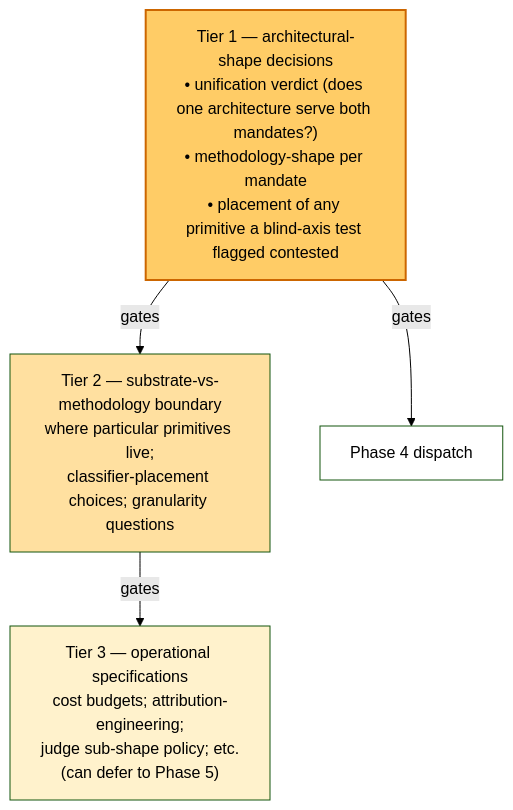
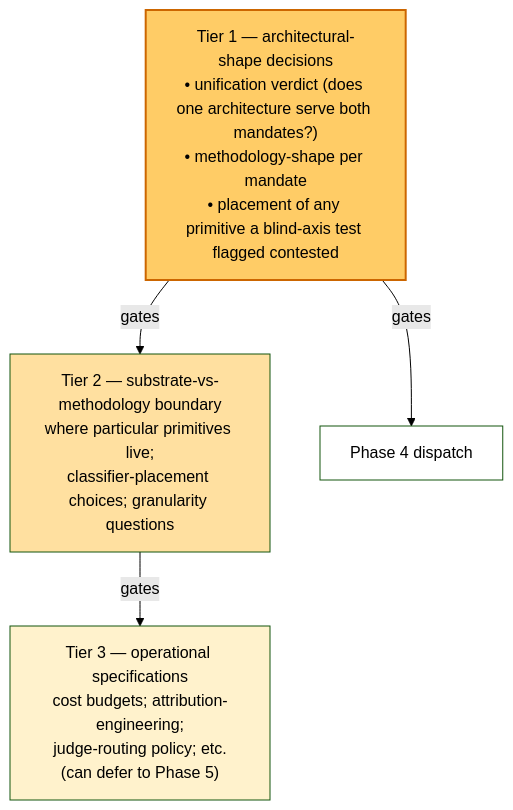
Before and after one commit to lago-morph/software-factory: the ninth of 11 diagrams in research-plan-v3-primer.md, drawn with Mermaid (forest theme). The commit also changed other lines of this file, not shown here.

````diff
--- a/research-plan-v3-primer.md
+++ b/research-plan-v3-primer.md
@@ -204,15 +204,15 @@
 ```mermaid
 flowchart TB
     T1["Tier 1 — architectural-shape decisions<br/>• unification verdict (does one architecture serve both mandates?)<br/>• methodology-shape per mandate<br/>• placement of any primitive a blind-axis test flagged contested"]
     T2["Tier 2 — substrate-vs-methodology boundary<br/>where particular primitives live;<br/>classifier-placement choices; granularity questions"]
-    T3["Tier 3 — operational specifications<br/>cost budgets; attribution-engineering;<br/>judge sub-shape policy; etc.<br/>(can defer to Phase 5)"]
+    T3["Tier 3 — operational specifications<br/>cost budgets; attribution-engineering;<br/>judge-routing policy; etc.<br/>(can defer to Phase 5)"]
 
     T1 -->|gates| T2
     T2 -->|gates| T3
     T1 -->|gates| P4["Phase 4 dispatch"]
 
     style T1 fill:#ffcc66,color:#000,stroke:#cc6600,stroke-width:2px
     style T2 fill:#ffe0a0,color:#000
     style T3 fill:#fff2cc,color:#000
     style P4 fill:#ffffff,color:#000
 ```
````
